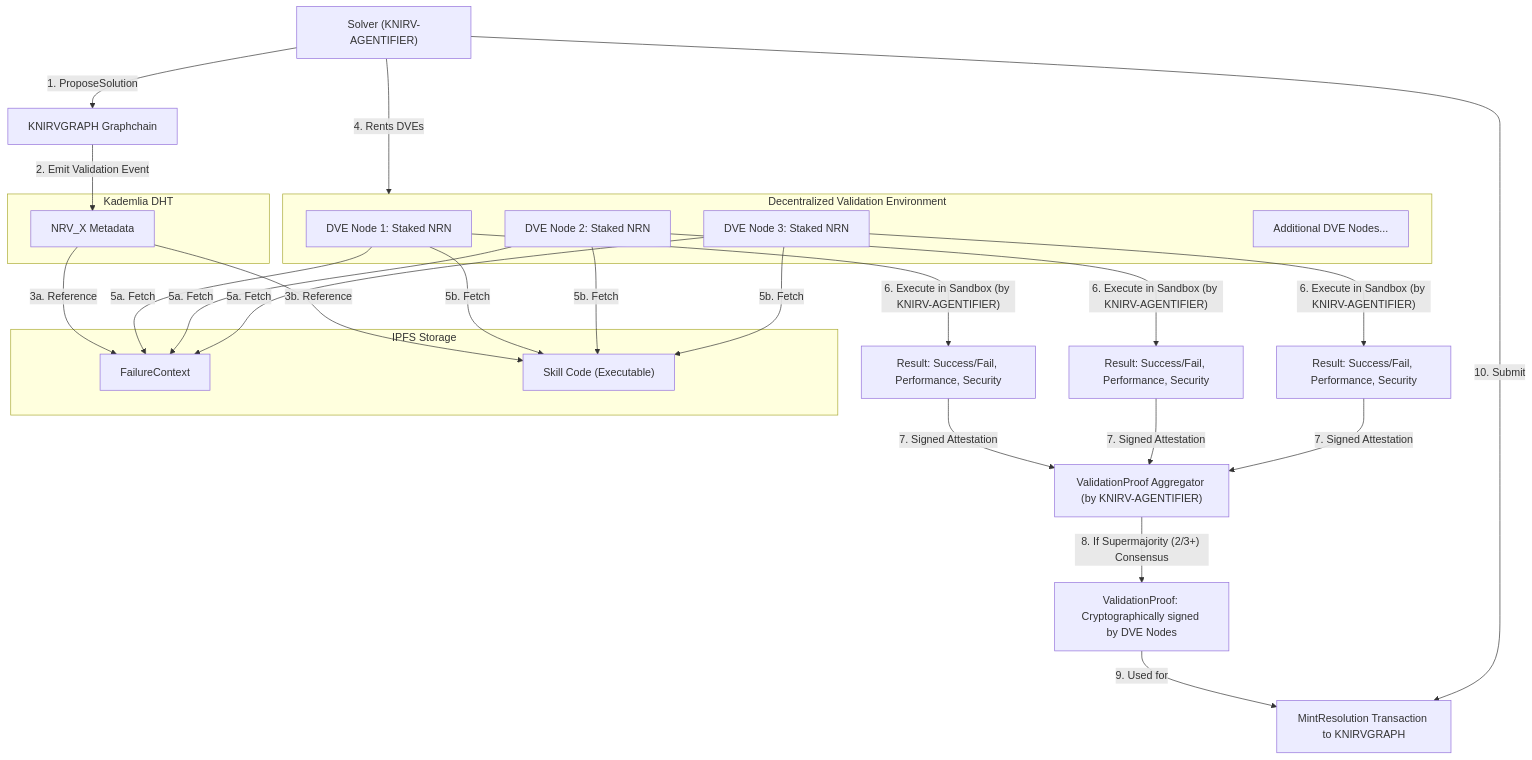
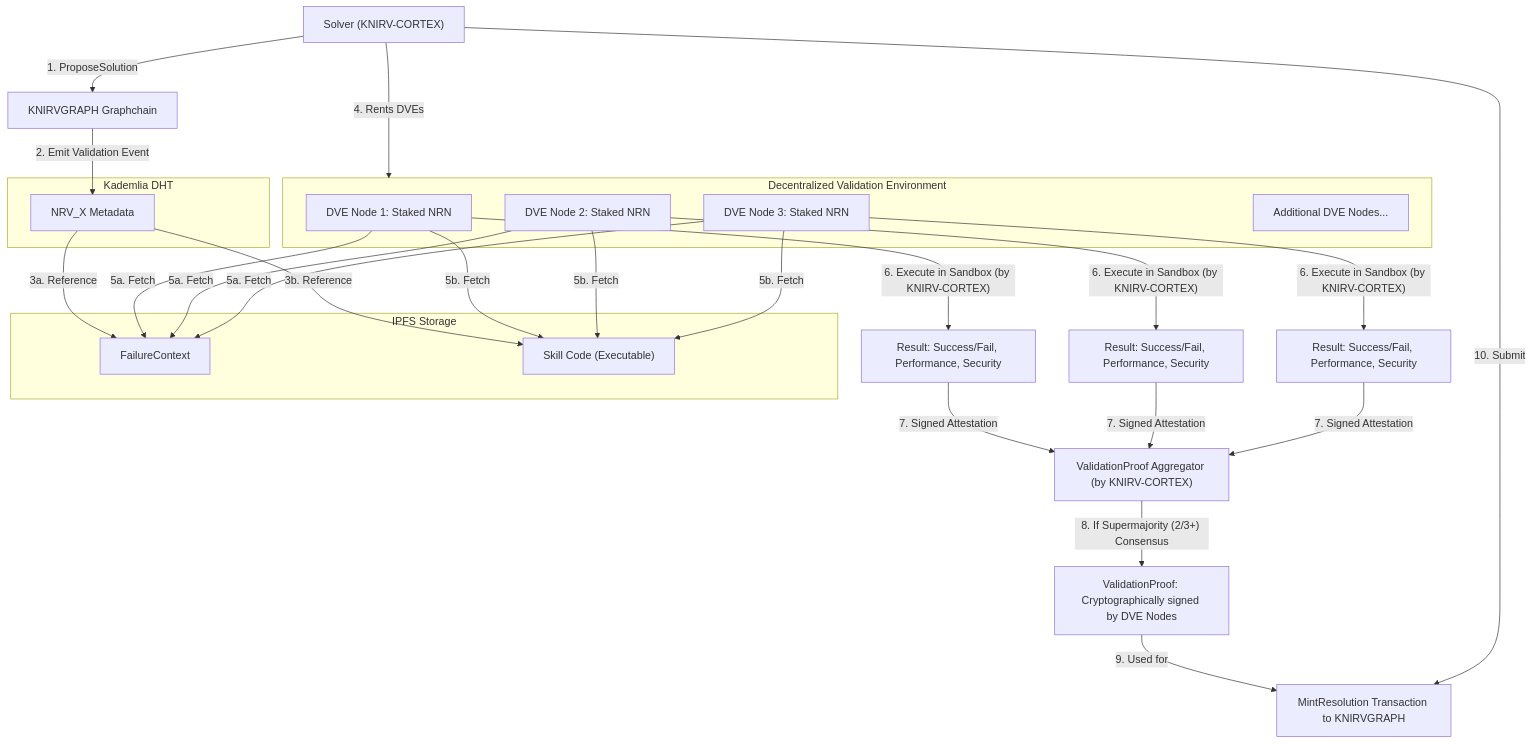
The fourth of 9 diagrams in KNIRVGATEWAY/documentation/docsify/whitepapers/KNIRVGRAPH_Whitepaper.md (guiperry/KNIRV_NETWORK), drawn with Mermaid before and after one commit. The commit also changed other lines of this file and 441 other files, not shown here.

````diff
--- a/KNIRVGATEWAY/documentation/docsify/whitepapers/KNIRVGRAPH_Whitepaper.md
+++ b/KNIRVGATEWAY/documentation/docsify/whitepapers/KNIRVGRAPH_Whitepaper.md
@@ -224,45 +224,45 @@
 ```mermaid
 graph TD
     subgraph DHT[Kademlia DHT]
         NRV[NRV_X Metadata]
     end
     
     subgraph IPFS[IPFS Storage]
         FC[FailureContext]
         SC["Skill Code (Executable)"]
     end
     
     subgraph DVE_NETWORK[Decentralized Validation Environment]
         DVE1[DVE Node 1: Staked NRN]
         DVE2[DVE Node 2: Staked NRN]
         DVE3[DVE Node 3: Staked NRN]
         DVEX[Additional DVE Nodes...]
     end
 
-    Solver["Solver (KNIRV-AGENTIFIER)"] -- 1. ProposeSolution --> KGBC[KNIRVGRAPH Graphchain]
+    Solver["Solver (KNIRV-CORTEX)"] -- 1. ProposeSolution --> KGBC[KNIRVGRAPH Graphchain]
     KGBC -- 2. Emit Validation Event --> NRV
     
     NRV -- 3a. Reference --> FC
     NRV -- 3b. Reference --> SC
     
     Solver -- 4. Rents DVEs --> DVE_NETWORK
     DVE1 -- 5a. Fetch --> FC
     DVE1 -- 5b. Fetch --> SC
     DVE2 -- 5a. Fetch --> FC
     DVE2 -- 5b. Fetch --> SC
     DVE3 -- 5a. Fetch --> FC
     DVE3 -- 5b. Fetch --> SC
     
-    DVE1 -- 6. Execute in Sandbox (by KNIRV-AGENTIFIER) --> DVE1_Result[Result: Success/Fail, Performance, Security]
-    DVE2 -- 6. Execute in Sandbox (by KNIRV-AGENTIFIER) --> DVE2_Result[Result: Success/Fail, Performance, Security]
-    DVE3 -- 6. Execute in Sandbox (by KNIRV-AGENTIFIER) --> DVE3_Result[Result: Success/Fail, Performance, Security]
+    DVE1 -- 6. Execute in Sandbox (by KNIRV-CORTEX) --> DVE1_Result[Result: Success/Fail, Performance, Security]
+    DVE2 -- 6. Execute in Sandbox (by KNIRV-CORTEX) --> DVE2_Result[Result: Success/Fail, Performance, Security]
+    DVE3 -- 6. Execute in Sandbox (by KNIRV-CORTEX) --> DVE3_Result[Result: Success/Fail, Performance, Security]
 
-    DVE1_Result -- 7. Signed Attestation --> Aggregator["ValidationProof Aggregator (by KNIRV-AGENTIFIER)"]
+    DVE1_Result -- 7. Signed Attestation --> Aggregator["ValidationProof Aggregator (by KNIRV-CORTEX)"]
     DVE2_Result -- 7. Signed Attestation --> Aggregator
     DVE3_Result -- 7. Signed Attestation --> Aggregator
 
     Aggregator -- 8. If Supermajority (2/3+) Consensus --> ValidationProof[ValidationProof: Cryptographically signed by DVE Nodes]
     
     ValidationProof -- 9. Used for --> MintResolution[MintResolution Transaction to KNIRVGRAPH]
     Solver -- 10. Submit --> MintResolution
 ```
````
